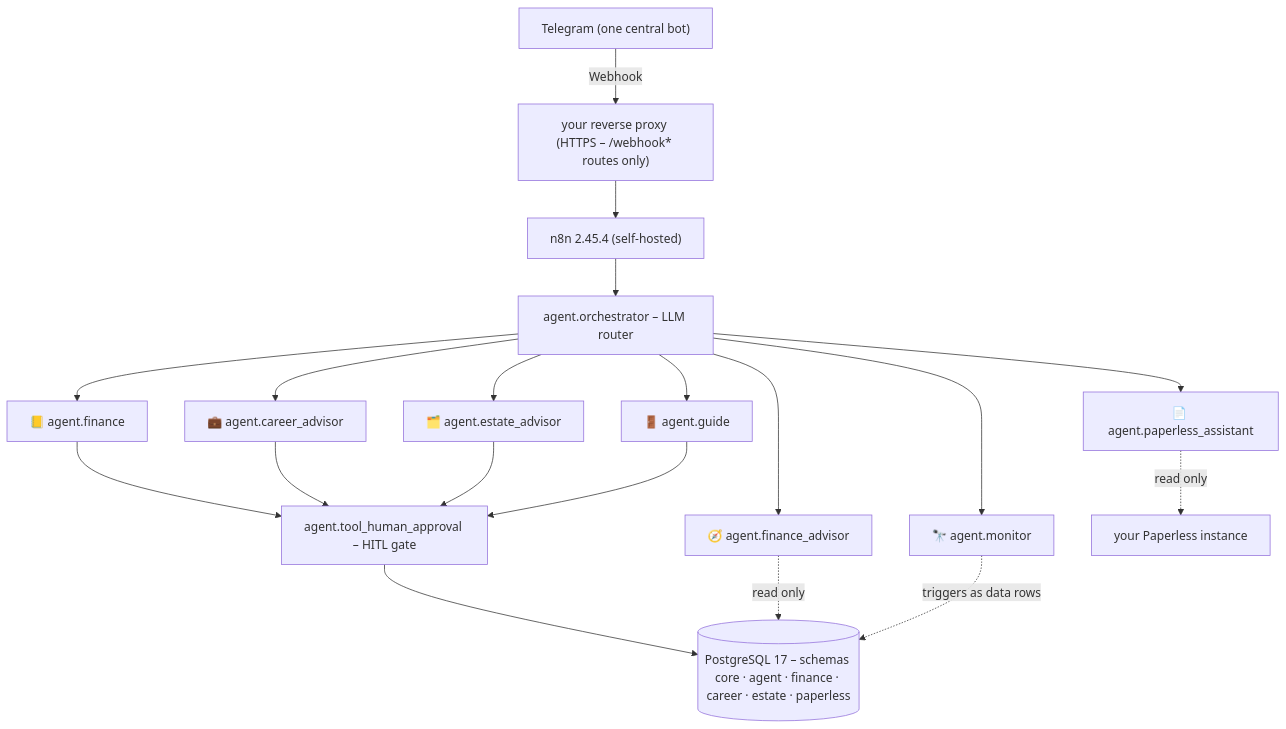
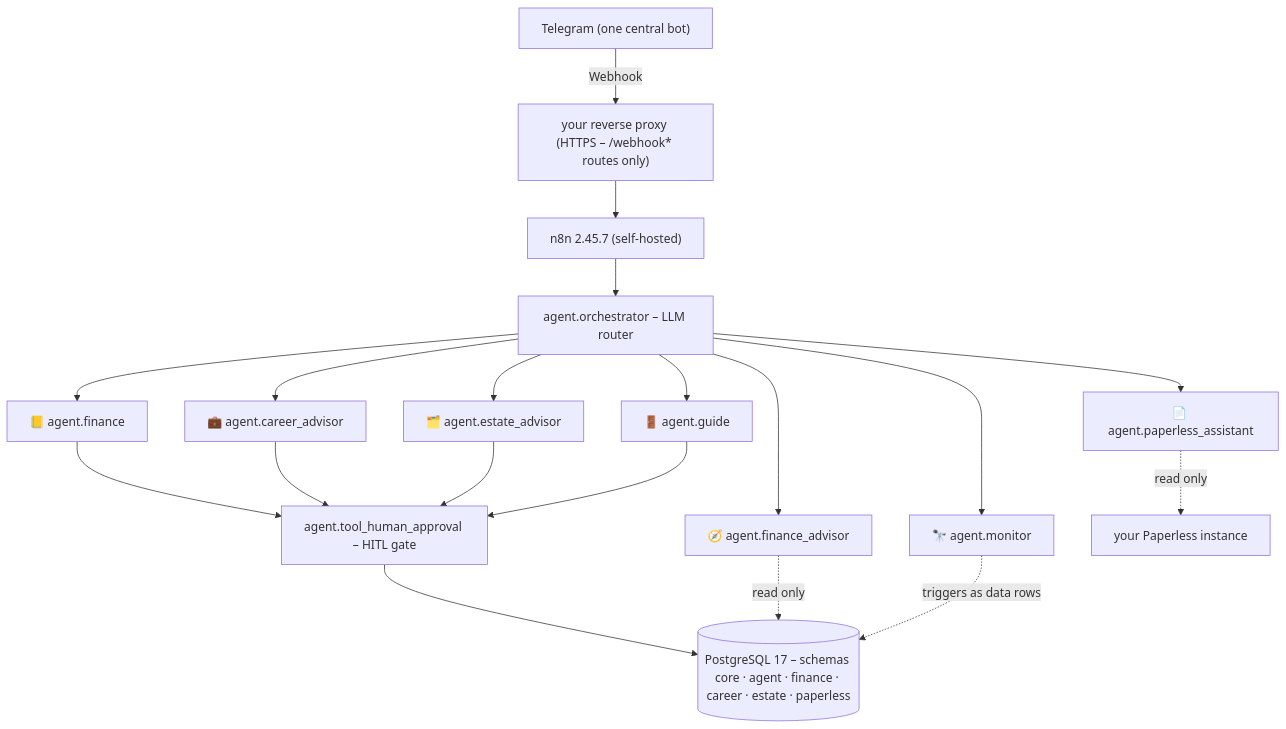
The diagram in README.md (DennisBaerlin/n8n-life-agents), drawn with Mermaid before and after one commit. The commit also changed other lines of this file and 41 other files, not shown here.

````diff
--- a/README.md
+++ b/README.md
@@ -150,21 +150,21 @@
 ```mermaid
 flowchart TD
     TG["Telegram (one central bot)"] -->|Webhook| RP["your reverse proxy (HTTPS – /webhook* routes only)"]
-    RP --> N8N["n8n 2.45.4 (self-hosted)"]
+    RP --> N8N["n8n 2.45.7 (self-hosted)"]
     N8N --> ORCH["agent.orchestrator – LLM router"]
     ORCH --> FIN["📒 agent.finance"]
     ORCH --> ADV["🧭 agent.finance_advisor"]
     ORCH --> MON["🔭 agent.monitor"]
     ORCH --> GUI["🚪 agent.guide"]
     ORCH --> CAR["💼 agent.career_advisor"]
     ORCH --> EST["🗂️ agent.estate_advisor"]
     ORCH --> DOC["📄 agent.paperless_assistant"]
     FIN --> GATE["agent.tool_human_approval – HITL gate"]
     CAR --> GATE
     EST --> GATE
     GATE --> PG[("PostgreSQL 17 – schemas core · agent · finance · career · estate · paperless")]
     ADV -. read only .-> PG
     DOC -. read only .-> PPL["your Paperless instance"]
     MON -. triggers as data rows .-> PG
     GUI --> GATE
 ```
````
